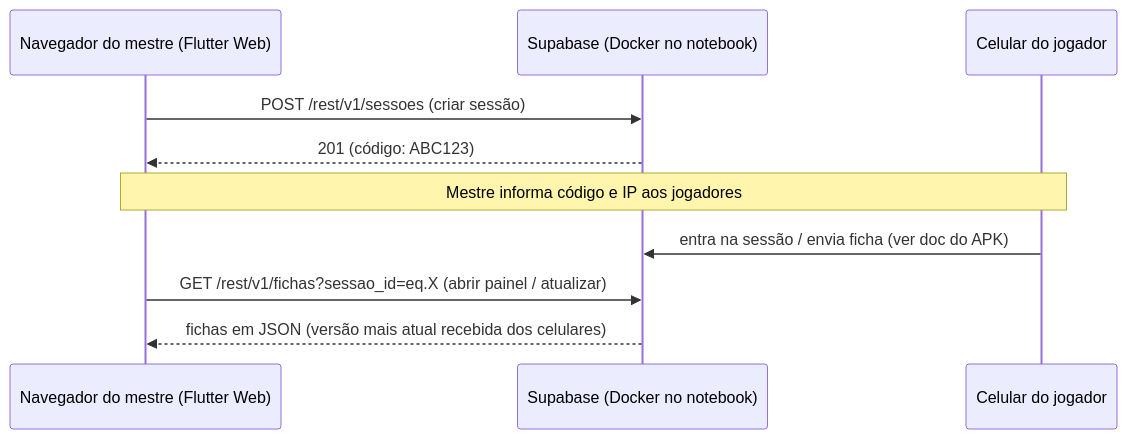
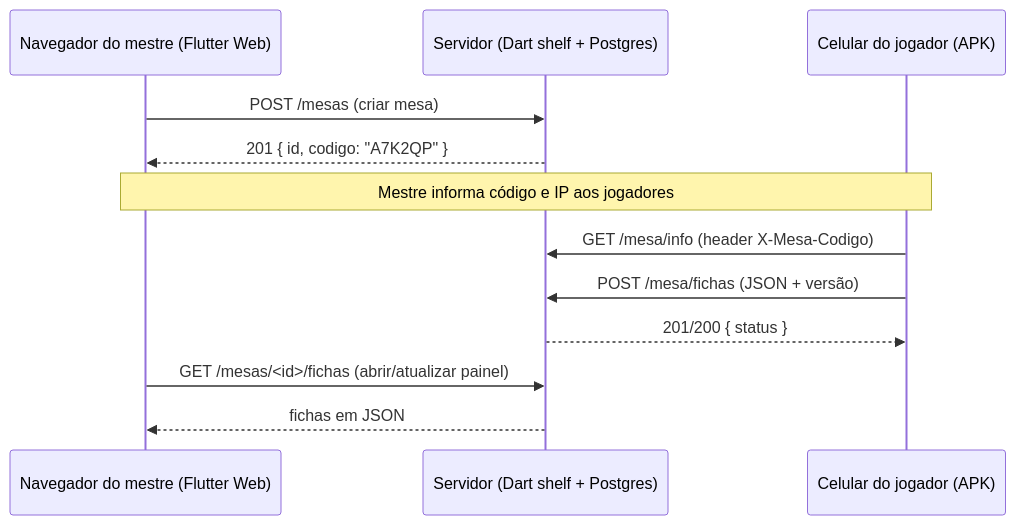
The third of 3 diagrams in DSMD/trabalho-flutter/arquitetura-servidor-mestre.md (LuizGustavoMM/UniSenai), drawn with Mermaid before and after one commit. The commit also changed other lines of this file and 2 other files, not shown here.

````diff
--- a/DSMD/trabalho-flutter/arquitetura-servidor-mestre.md
+++ b/DSMD/trabalho-flutter/arquitetura-servidor-mestre.md
@@ -118,13 +134,15 @@
 ```mermaid
 sequenceDiagram
     participant M as Navegador do mestre (Flutter Web)
-    participant S as Supabase (Docker no notebook)
-    participant C as Celular do jogador
+    participant S as Servidor (Dart shelf + Postgres)
+    participant C as Celular do jogador (APK)
 
-    M->>S: POST /rest/v1/sessoes (criar sessão)
-    S-->>M: 201 (código: ABC123)
+    M->>S: POST /mesas (criar mesa)
+    S-->>M: 201 { id, codigo: "A7K2QP" }
     Note over M,C: Mestre informa código e IP aos jogadores
-    C->>S: entra na sessão / envia ficha (ver doc do APK)
-    M->>S: GET /rest/v1/fichas?sessao_id=eq.X (abrir painel / atualizar)
-    S-->>M: fichas em JSON (versão mais atual recebida dos celulares)
+    C->>S: GET /mesa/info (header X-Mesa-Codigo)
+    C->>S: POST /mesa/fichas (JSON + versão)
+    S-->>C: 201/200 { status }
+    M->>S: GET /mesas/<id>/fichas (abrir/atualizar painel)
+    S-->>M: fichas em JSON
 ```
````
